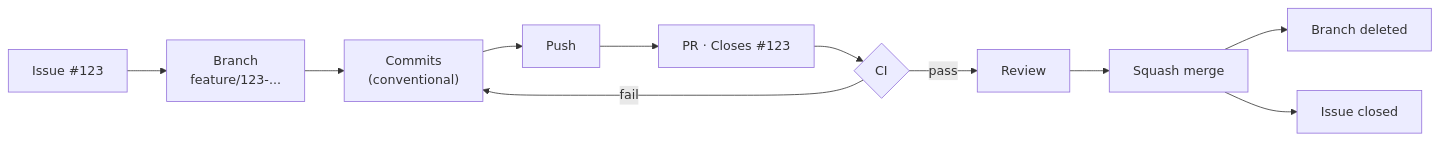
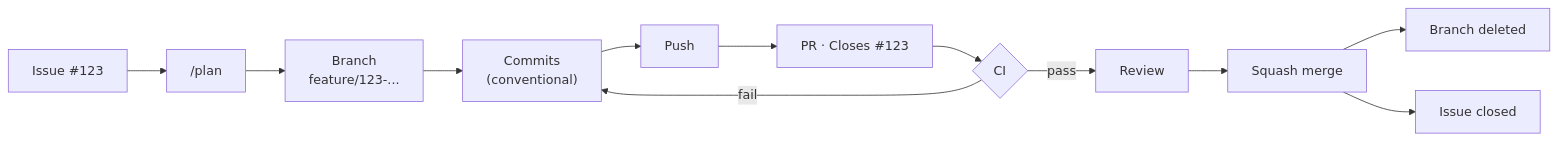
Before and after one commit to Zolkyed/ts-agent-template: the diagram in README.md, drawn with Mermaid. The commit also changed other lines of this file, not shown here.

````diff
--- a/README.md
+++ b/README.md
@@ -29,13 +29,14 @@
 ```mermaid
 flowchart LR
-    A["Issue #123"] --> B["Branch<br/>feature/123-..."]
+    A["Issue #123"] --> P["/plan"]
+    P --> B["Branch<br/>feature/123-..."]
     B --> C["Commits<br/>(conventional)"]
     C --> D["Push"]
     D --> E["PR · Closes #123"]
     E --> F{"CI"}
     F -- fail --> C
     F -- pass --> G["Review"]
     G --> H["Squash merge"]
     H --> I["Branch deleted"]
     H --> J["Issue closed"]
 ```
````
